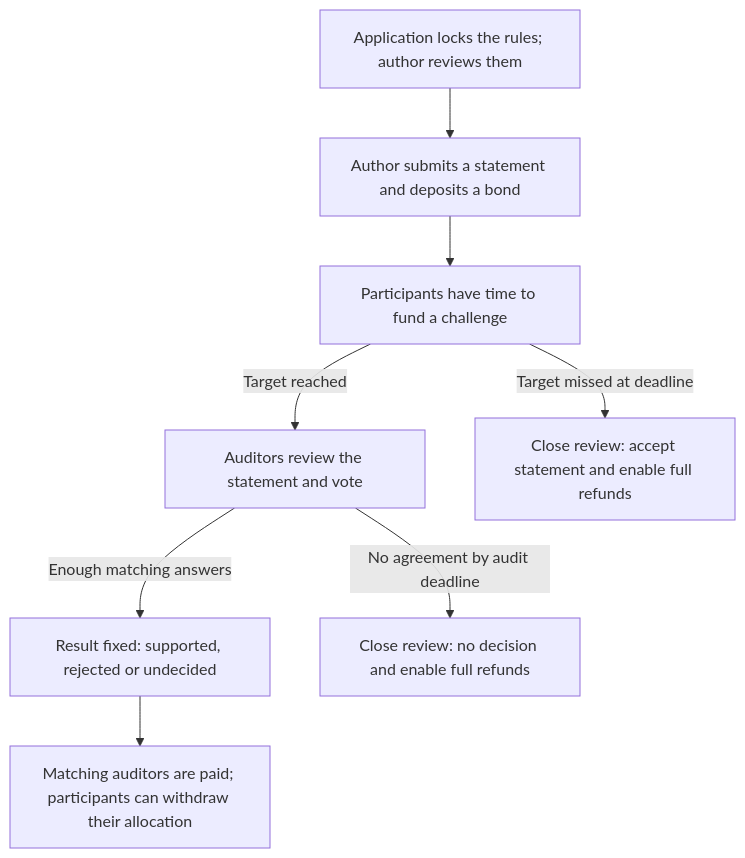
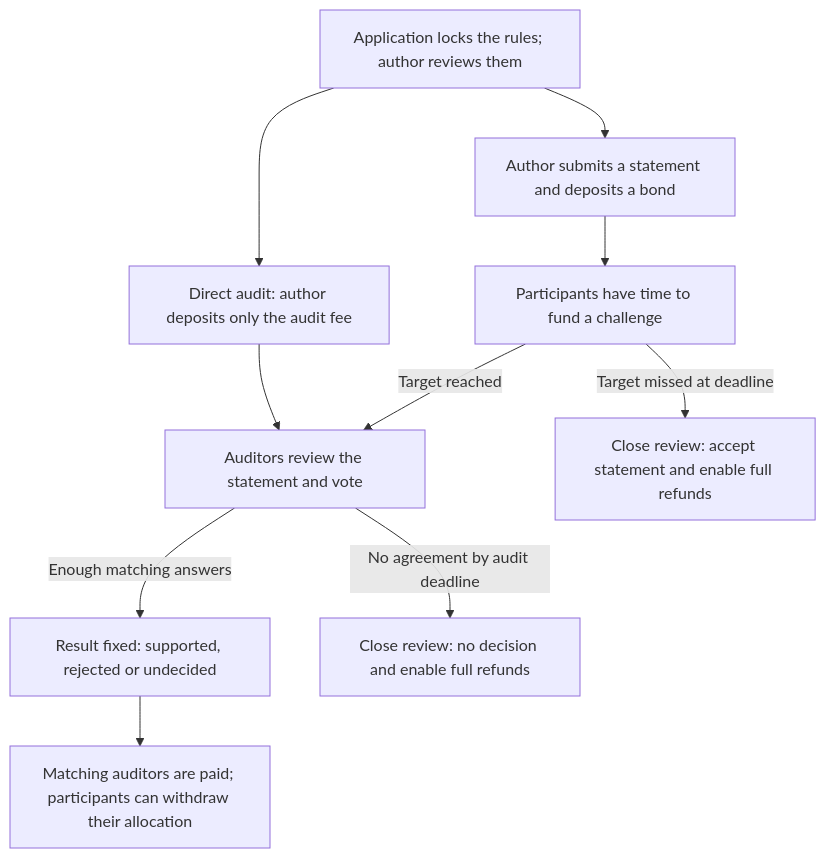
Before and after one commit to binqbit/tekmerion: the first of 3 diagrams in docs/how-it-works.md, drawn with Mermaid. The commit also changed other lines of this file and 42 other files, not shown here.

First line of the commit message:
Add author-paid direct audit cases

````diff
--- a/docs/how-it-works.md
+++ b/docs/how-it-works.md
@@ -11,10 +11,12 @@
 ```mermaid
 flowchart TD
-    Rules["Application locks the rules; author reviews them"] --> Author["Author submits a statement and deposits a bond"]
+    Rules["Application locks the rules; author reviews them"] --> Direct["Direct audit: author deposits only the audit fee"]
+    Direct --> Audit
+    Rules --> Author["Author submits a statement and deposits a bond"]
     Author --> Challenge["Participants have time to fund a challenge"]
     Challenge -->|"Target reached"| Audit["Auditors review the statement and vote"]
     Challenge -->|"Target missed at deadline"| Accepted["Close review: accept statement and enable full refunds"]
     Audit -->|"Enough matching answers"| Decision["Result fixed: supported, rejected or undecided"]
     Audit -->|"No agreement by audit deadline"| Timeout["Close review: no decision and enable full refunds"]
     Decision --> Payout["Matching auditors are paid; participants can withdraw their allocation"]
 ```
````
